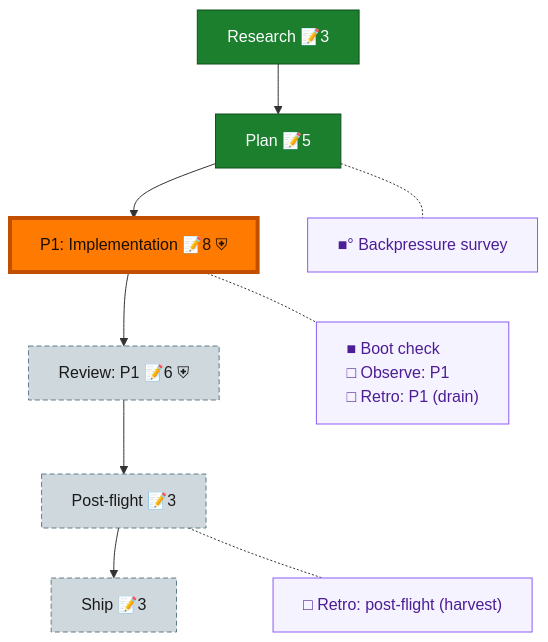
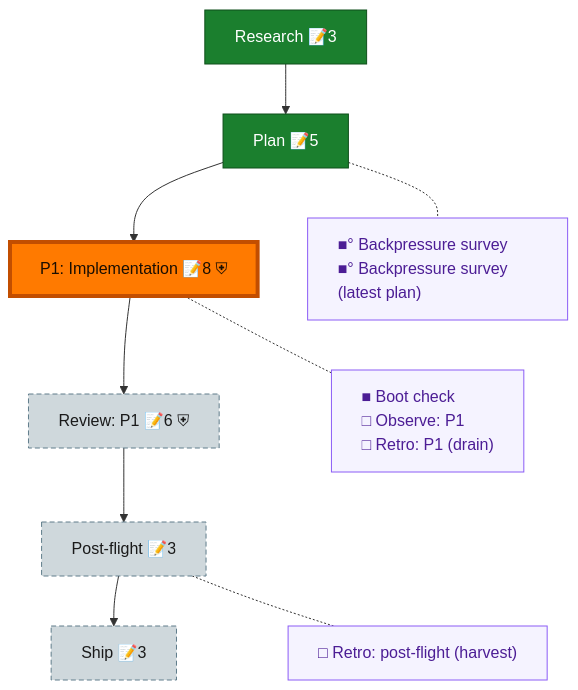
One commit to vaughanknight/pij changed the diagram in docs/plans/127-claude-session-start-adopt/the-flow.md. Above: the diagram before and after it, drawn with Mermaid. The commit also changed other lines of this file and 14 other files, not shown here.

````diff
--- a/docs/plans/127-claude-session-start-adopt/the-flow.md
+++ b/docs/plans/127-claude-session-start-adopt/the-flow.md
@@ -8,30 +8,30 @@
 ```mermaid
 flowchart TD
     research["Research 📝3"]:::done
     plan["Plan 📝5"]:::done
     phase_1["P1: Implementation 📝8 ⛨"]:::wip
     review_1["Review: P1 📝6 ⛨"]:::assumed
     post_flight["Post-flight 📝3"]:::assumed
     ship["Ship 📝3"]:::assumed
 
     research --> plan --> phase_1 --> review_1 --> post_flight --> ship
 
-    planC["■° Backpressure survey"]:::chore
+    planC["■° Backpressure survey<br/>■° Backpressure survey (latest plan)"]:::chore
     phase_1C["■ Boot check<br/>□ Observe: P1<br/>□ Retro: P1 (drain)"]:::chore
     post_flightC["□ Retro: post-flight (harvest)"]:::chore
 
     %% invisible chain holds the gutter boxes in their own column
     planC ~~~ phase_1C ~~~ post_flightC
 
     %% dotted links pull each gutter box beside its node
     plan -.- planC
     phase_1 -.- phase_1C
     post_flight -.- post_flightC
 
     classDef done fill:#1B7F2E,stroke:#0F4F1B,color:#fff;
     classDef wip fill:#43C04A,stroke:#1B7F2E,color:#04210A;
     classDef assumed fill:#CFD8DC,stroke:#607D8B,color:#1a1a1a,stroke-dasharray:5 3;
     classDef chore fill:#f5f3ff,stroke:#8b5cf6,color:#4c1d95,text-align:left;
     classDef current fill:#FF7A00,stroke:#C24E00,color:#1a0e00,stroke-width:4px;
     class phase_1 current;
 ```
````
